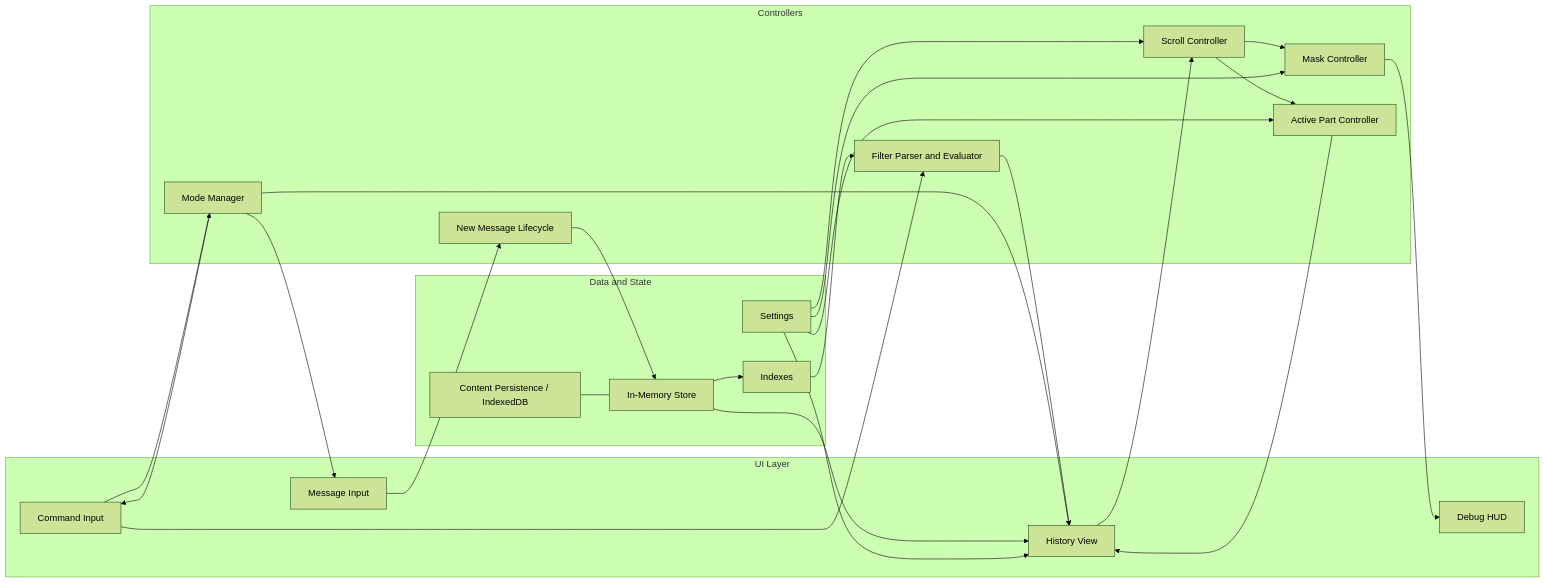
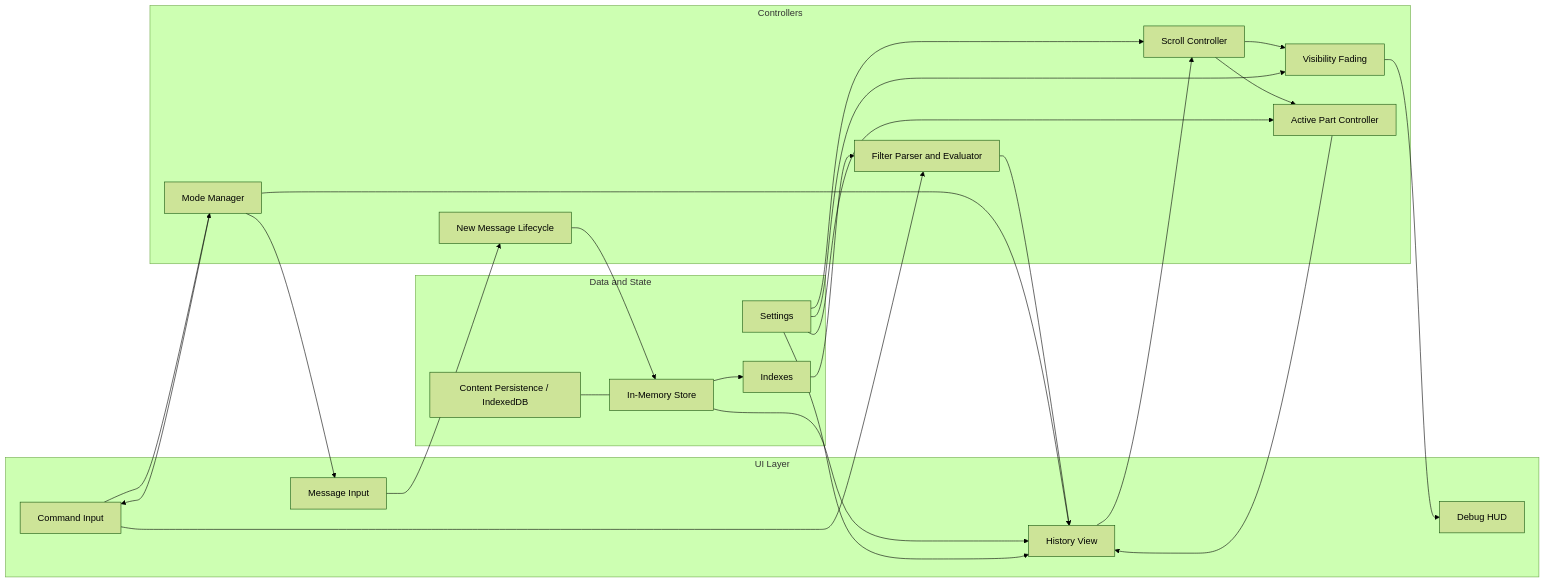
The diagram in docs/diagrams/01-architecture-overview.md (ebuyakin/maichat), drawn with Mermaid (forest theme) before and after one commit. The commit also changed other lines of this file and 10 other files, not shown here.

````diff
--- a/docs/diagrams/01-architecture-overview.md
+++ b/docs/diagrams/01-architecture-overview.md
@@ -3,48 +3,48 @@
 ```mermaid
 flowchart LR
   %% Simplified version to resolve parse error
   subgraph UI[UI Layer]
     CMD[Command Input]
     VIEW[History View]
     INPUT[Message Input]
     HUD[Debug HUD]
   end
 
   subgraph CTRL[Controllers]
     MODES[Mode Manager]
     SCROLL[Scroll Controller]
-    MASKS[Mask Controller]
+  FADING[Visibility Fading]
     PARTS[Active Part Controller]
     FILTER[Filter Parser and Evaluator]
     LIFECYCLE[New Message Lifecycle]
   end
 
   subgraph DATA[Data and State]
     STORE[In-Memory Store]
     INDEXES[Indexes]
     SETTINGS[Settings]
     PERSIST[Content Persistence / IndexedDB]
   end
 
   CMD --> FILTER
   FILTER --> VIEW
   CMD --> MODES
   INPUT --> LIFECYCLE
   LIFECYCLE --> STORE
   STORE --> VIEW
   STORE --> INDEXES
   INDEXES --> FILTER
   VIEW --> SCROLL
-  SCROLL --> MASKS
-  MASKS --> HUD
+  SCROLL --> FADING
+  FADING --> HUD
   SCROLL --> PARTS
   PARTS --> VIEW
   SETTINGS --> SCROLL
-  SETTINGS --> MASKS
+  SETTINGS --> FADING
   SETTINGS --> VIEW
   SETTINGS --> PARTS
   PERSIST --- STORE
   MODES --> VIEW
   MODES --> CMD
   MODES --> INPUT
 ```
````
